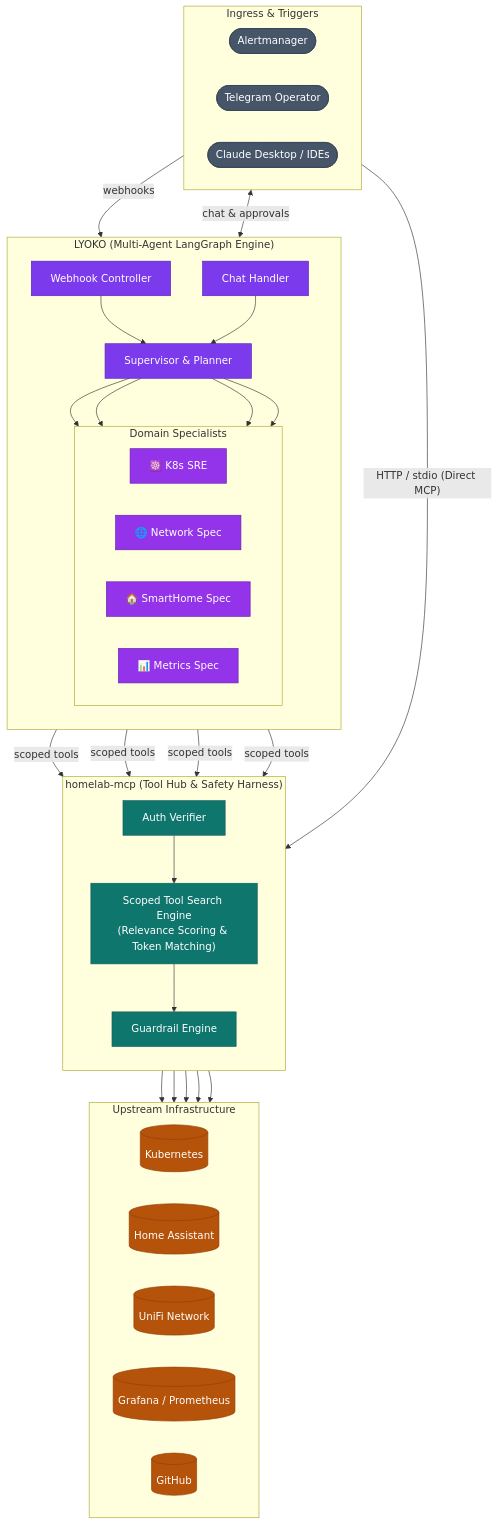
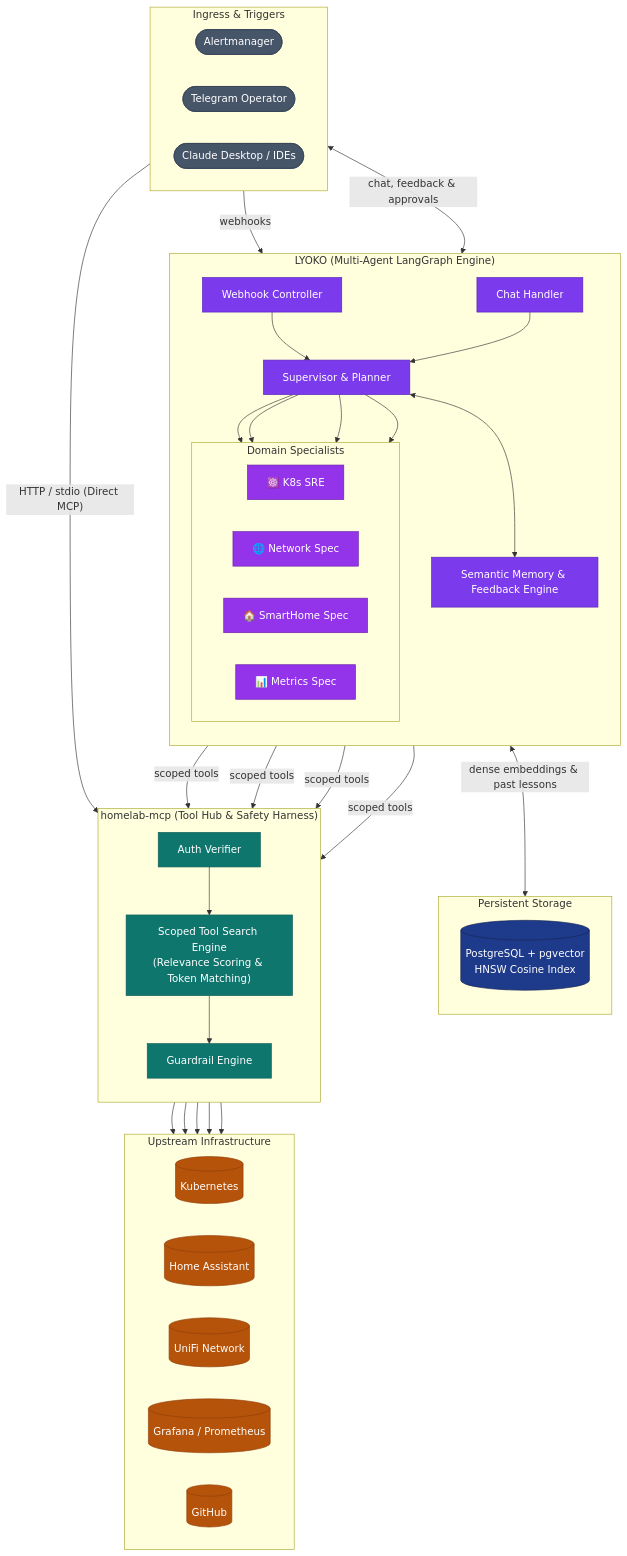
Before and after one commit to csp33/homelab-ai-ops: the first of 2 diagrams in README.md, drawn with Mermaid. The commit also changed other lines of this file, not shown here.

Commit message:
docs: document semantic memory, operator feedback, and pgvector in README

````diff
--- a/README.md
+++ b/README.md
@@ -31,6 +32,7 @@
         WH[Webhook Controller]
         CH[Chat Handler]
         SUP["Supervisor & Planner"]
+        MEM_ENG["Semantic Memory & Feedback Engine"]
         
         subgraph Specialists ["Domain Specialists"]
             direction LR
@@ -46,6 +48,13 @@
         SUP --> NET_S
         SUP --> HA_S
         SUP --> OBS_S
+        SUP <--> MEM_ENG
+    end
+
+    %% Persistent Storage
+    subgraph DB ["Persistent Storage"]
+        direction TB
+        PG[(PostgreSQL + pgvector<br/>HNSW Cosine Index)]
     end
 
     %% homelab-mcp Tool Hub
@@ -69,8 +78,11 @@
 
     %% Ingress Connections
     AM -->|"webhooks"| WH
-    TG <-->|"chat & approvals"| CH
+    TG <-->|"chat, feedback & approvals"| CH
     IDE -->|"HTTP / stdio (Direct MCP)"| AUTH
+
+    %% Memory Connection
+    MEM_ENG <-->|"dense embeddings & past lessons"| PG
 
     %% LYOKO & MCP Connections
     K8S_S -->|"scoped tools"| AUTH
@@ -89,10 +101,12 @@
     classDef spec fill:#9333ea,stroke:#6b21a8,color:#fff;
     classDef gateway fill:#0f766e,stroke:#115e59,color:#fff;
     classDef upstream fill:#b45309,stroke:#92400e,color:#fff;
+    classDef storage fill:#1e3a8a,stroke:#172554,color:#fff;
 
     class AM,TG,IDE ingress;
-    class WH,CH,SUP agent;
+    class WH,CH,SUP,MEM_ENG agent;
     class K8S_S,NET_S,HA_S,OBS_S spec;
     class AUTH,SEARCH,GUARD gateway;
     class U_K8S,U_HA,U_NET,U_GRAF,U_GH upstream;
+    class PG storage;
 ```
````
